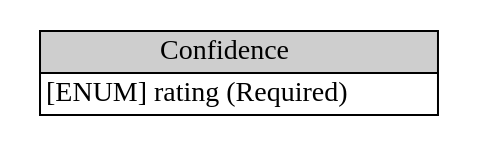
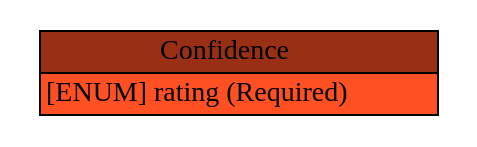
Before and after one commit to Moutix/idmef_parser: the diagram in iodef/graph/Confidence.dot, drawn with Graphviz. The commit also changed 271 other files, not shown here.

Commit message:
Add color in IODEF diagram

```diff
--- a/iodef/graph/Confidence.dot
+++ b/iodef/graph/Confidence.dot
@@ -1,6 +1,6 @@
 digraph Confidence {
 	graph [rankdir=LR];
 	node [label="\N"];
 	graph [bb="0,0,202,48"];
-	Confidence [label=<<table BORDER="0" CELLBORDER="1" CELLSPACING="0"> <tr > <td BGCOLOR="#CECECE" HREF="#" TITLE="The Confidence class represents a best estimate of the validity and accuracy of the described impact (see Section 3.10) of the incident activity. This estimate can be expressed as a category or a numeric calculation. ">Confidence</td> </tr>" %<tr><td HREF="#" TITLE="A rating of the analytical validity of the specified Assessment.  The permitted values are shown below. There is no default value.">[ENUM] rating (Required) </td></tr>%</table>>, shape=plaintext, pos="101,24", width="2.8056", height="0.68056"];
+	Confidence [label=<<table BORDER="0" CELLBORDER="1" CELLSPACING="0"> <tr > <td BGCOLOR="#993016" HREF="#" TITLE="The Confidence class represents a best estimate of the validity and accuracy of the described impact (see Section 3.10) of the incident activity. This estimate can be expressed as a category or a numeric calculation. ">Confidence</td> </tr>" %<tr><td BGCOLOR="#FF5024" HREF="#" TITLE="A rating of the analytical validity of the specified Assessment.  The permitted values are shown below. There is no default value.">[ENUM] rating (Required) </td></tr>%</table>>, shape=plaintext, pos="101,24", width="2.8056", height="0.68056"];
 }
```
